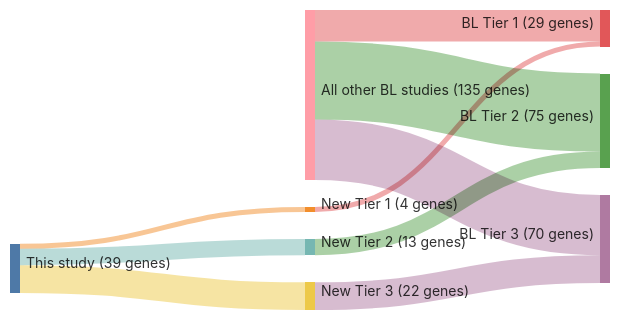
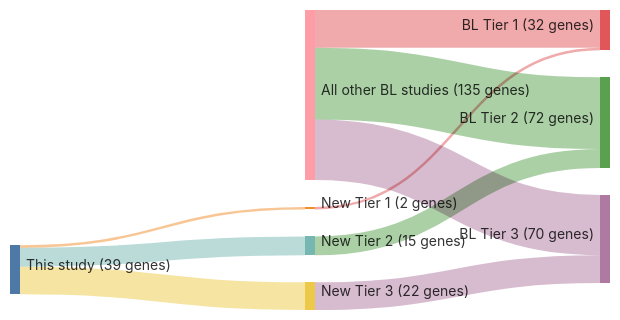
One commit to morinlab/lymphopedia changed the diagram in papers/paneaWholeGenomeLandscape2019.md. Above: the diagram before and after it, drawn with Mermaid. The commit also changed other lines of this file and 81 other files, not shown here.

````diff
--- a/papers/paneaWholeGenomeLandscape2019.md
+++ b/papers/paneaWholeGenomeLandscape2019.md
@@ -12,23 +12,23 @@
 ```mermaid
 ---
 config:
     sankey:
         showValues: true
         linkColor: target
         width: 600
         height: 300
         nodeAlignment: right
         prefix: '('
         suffix: ' genes)'
 ---
 sankey-beta
-This study, New Tier 1, 4
-New Tier 1, BL Tier 1, 4
-This study, New Tier 2, 13
-New Tier 2, BL Tier 2, 13
+This study, New Tier 1, 2
+New Tier 1, BL Tier 1, 2
+This study, New Tier 2, 15
+New Tier 2, BL Tier 2, 15
 This study, New Tier 3, 22
 New Tier 3, BL Tier 3, 22
-All other BL studies, BL Tier 1, 25
-All other BL studies, BL Tier 2, 62
+All other BL studies, BL Tier 1, 30
+All other BL studies, BL Tier 2, 57
 All other BL studies, BL Tier 3, 48
 ```
````
